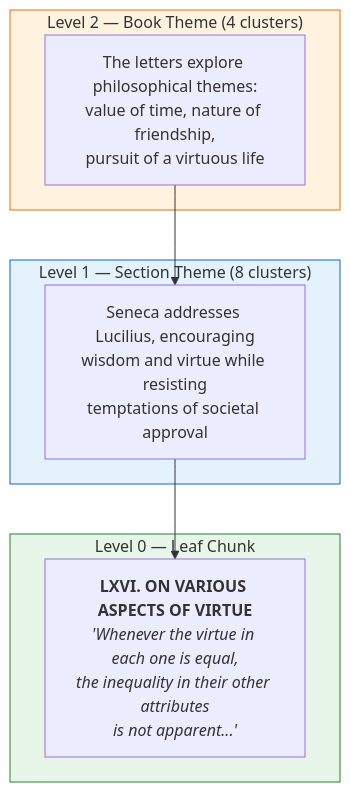
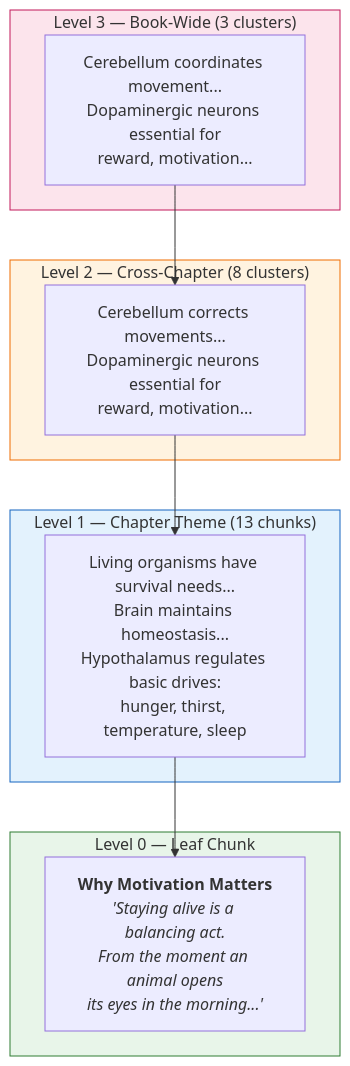
One commit to crlsrmrlsz/raglab changed the diagram in docs/chunking/raptor.md. Above: the diagram before and after it, drawn with Mermaid. The commit also changed other lines of this file, not shown here.

````diff
--- a/docs/chunking/raptor.md
+++ b/docs/chunking/raptor.md
@@ -111,21 +111,27 @@
 ```mermaid
 flowchart TB
-    subgraph L2["Level 2 — Book Theme (4 clusters)"]
-        S2["The letters explore philosophical themes:<br/>value of time, nature of friendship,<br/>pursuit of a virtuous life"]
+    subgraph L3["Level 3 — Book-Wide (3 clusters)"]
+        S3["Cerebellum coordinates movement...<br/>Dopaminergic neurons essential for<br/>reward, motivation..."]
     end
 
-    subgraph L1["Level 1 — Section Theme (8 clusters)"]
-        S1["Seneca addresses Lucilius, encouraging<br/>wisdom and virtue while resisting<br/>temptations of societal approval"]
+    subgraph L2["Level 2 — Cross-Chapter (8 clusters)"]
+        S2["Cerebellum corrects movements...<br/>Dopaminergic neurons essential for<br/>reward, motivation..."]
+    end
+
+    subgraph L1["Level 1 — Chapter Theme (13 chunks)"]
+        S1["Living organisms have survival needs...<br/>Brain maintains homeostasis...<br/>Hypothalamus regulates basic drives:<br/>hunger, thirst, temperature, sleep"]
     end
 
     subgraph L0["Level 0 — Leaf Chunk"]
-        C["<b>LXVI. ON VARIOUS ASPECTS OF VIRTUE</b><br/><i>'Whenever the virtue in each one is equal,<br/>the inequality in their other attributes<br/>is not apparent...'</i>"]
+        C["<b>Why Motivation Matters</b><br/><i>'Staying alive is a balancing act.<br/>From the moment an animal opens<br/>its eyes in the morning...'</i>"]
     end
 
+    S3 --> S2
     S2 --> S1
     S1 --> C
 
+    style L3 fill:#fce4ec,stroke:#c2185b
     style L2 fill:#fff3e0,stroke:#ef6c00
     style L1 fill:#e3f2fd,stroke:#1565c0
     style L0 fill:#e8f5e9,stroke:#2e7d32
 ```
````
